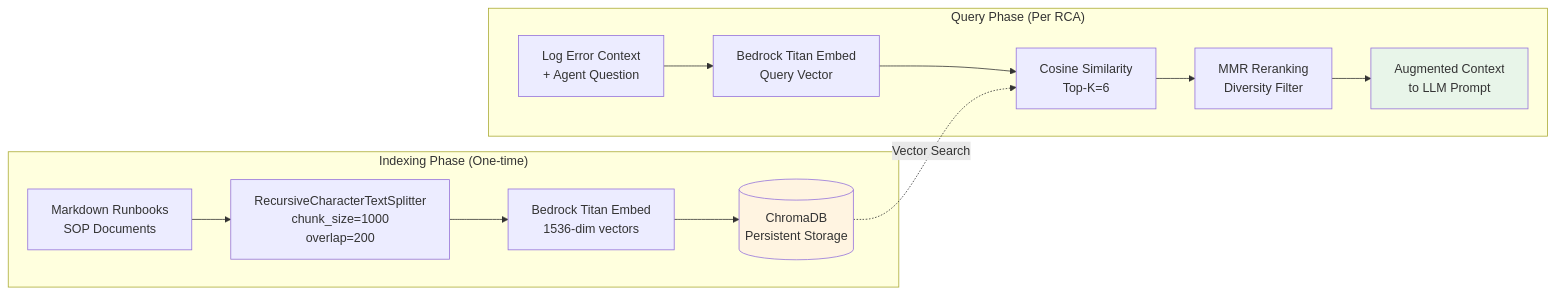
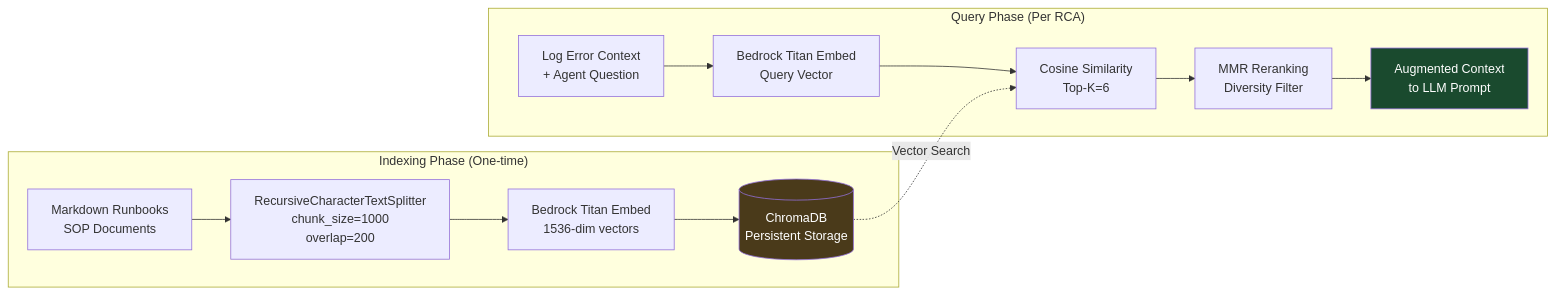
The third of 16 diagrams in README.md (nasim-raj-laskar/InfraMind), drawn with Mermaid before and after one commit. The commit also changed other lines of this file and 1 other file, not shown here.

````diff
--- a/README.md
+++ b/README.md
@@ -131,30 +131,30 @@
 ```mermaid
 graph LR
     subgraph "Indexing Phase (One-time)"
         MD["Markdown Runbooks<br/>SOP Documents"]
         SPLIT["RecursiveCharacterTextSplitter<br/>chunk_size=1000<br/>overlap=200"]
         EMB_IDX["Bedrock Titan Embed<br/>1536-dim vectors"]
         STORE[("ChromaDB<br/>Persistent Storage")]
         
         MD --> SPLIT
         SPLIT --> EMB_IDX
         EMB_IDX --> STORE
     end
     
     subgraph "Query Phase (Per RCA)"
         QUERY["Log Error Context<br/>+ Agent Question"]
         EMB_Q["Bedrock Titan Embed<br/>Query Vector"]
         SEARCH["Cosine Similarity<br/>Top-K=6"]
         RERANK["MMR Reranking<br/>Diversity Filter"]
         CONTEXT["Augmented Context<br/>to LLM Prompt"]
         
         QUERY --> EMB_Q
         EMB_Q --> SEARCH
         STORE -."Vector Search".-> SEARCH
         SEARCH --> RERANK
         RERANK --> CONTEXT
     end
     
-    style STORE fill:#fff4e1
-    style CONTEXT fill:#e8f5e9
+    style STORE fill:#4a3a1a,color:#fff
+    style CONTEXT fill:#1a4a2e,color:#fff
 ```
````
